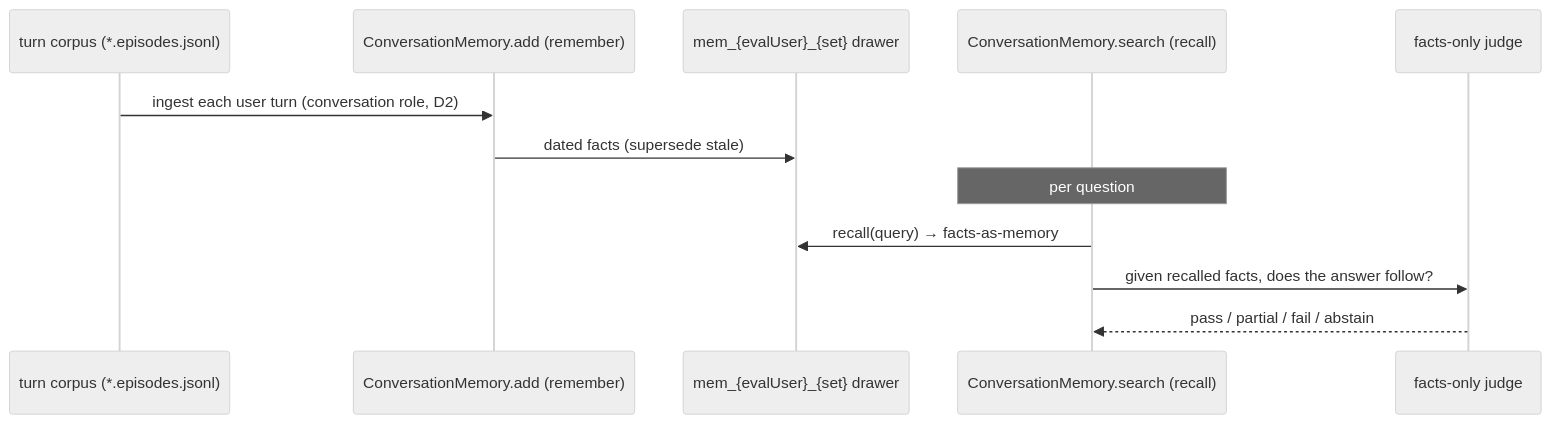
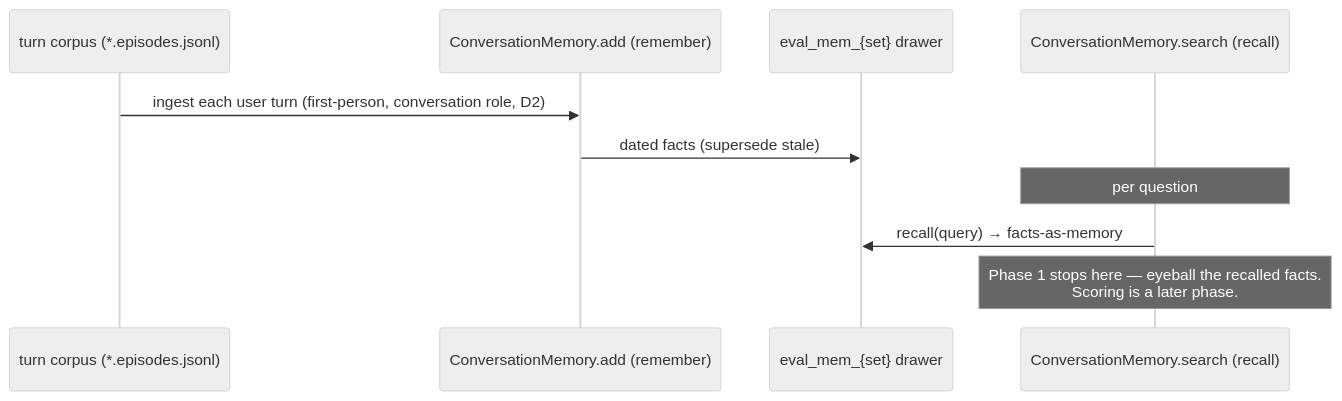
Before and after one commit to hiro-league/hiroleague: the third of 3 diagrams in docs/eval-corpus-tracks-design.md, drawn with Mermaid (neutral theme). The commit also changed other lines of this file and 86 other files, not shown here.

Commit message:
eval, memory, graph

````diff
--- a/docs/eval-corpus-tracks-design.md
+++ b/docs/eval-corpus-tracks-design.md
@@ -134,14 +159,12 @@
 ```mermaid
 sequenceDiagram
     participant C as turn corpus (*.episodes.jsonl)
     participant M as ConversationMemory.add (remember)
-    participant G as mem_{evalUser}_{set} drawer
+    participant G as eval_mem_{set} drawer
     participant R as ConversationMemory.search (recall)
-    participant J as facts-only judge
-    C->>M: ingest each user turn (conversation role, D2)
+    C->>M: ingest each user turn (first-person, conversation role, D2)
     M->>G: dated facts (supersede stale)
     Note over R: per question
     R->>G: recall(query) → facts-as-memory
-    R->>J: given recalled facts, does the answer follow?
-    J-->>R: pass / partial / fail / abstain
+    Note over R: Phase 1 stops here — eyeball the recalled facts.<br/>Scoring is a later phase.
 ```
````
